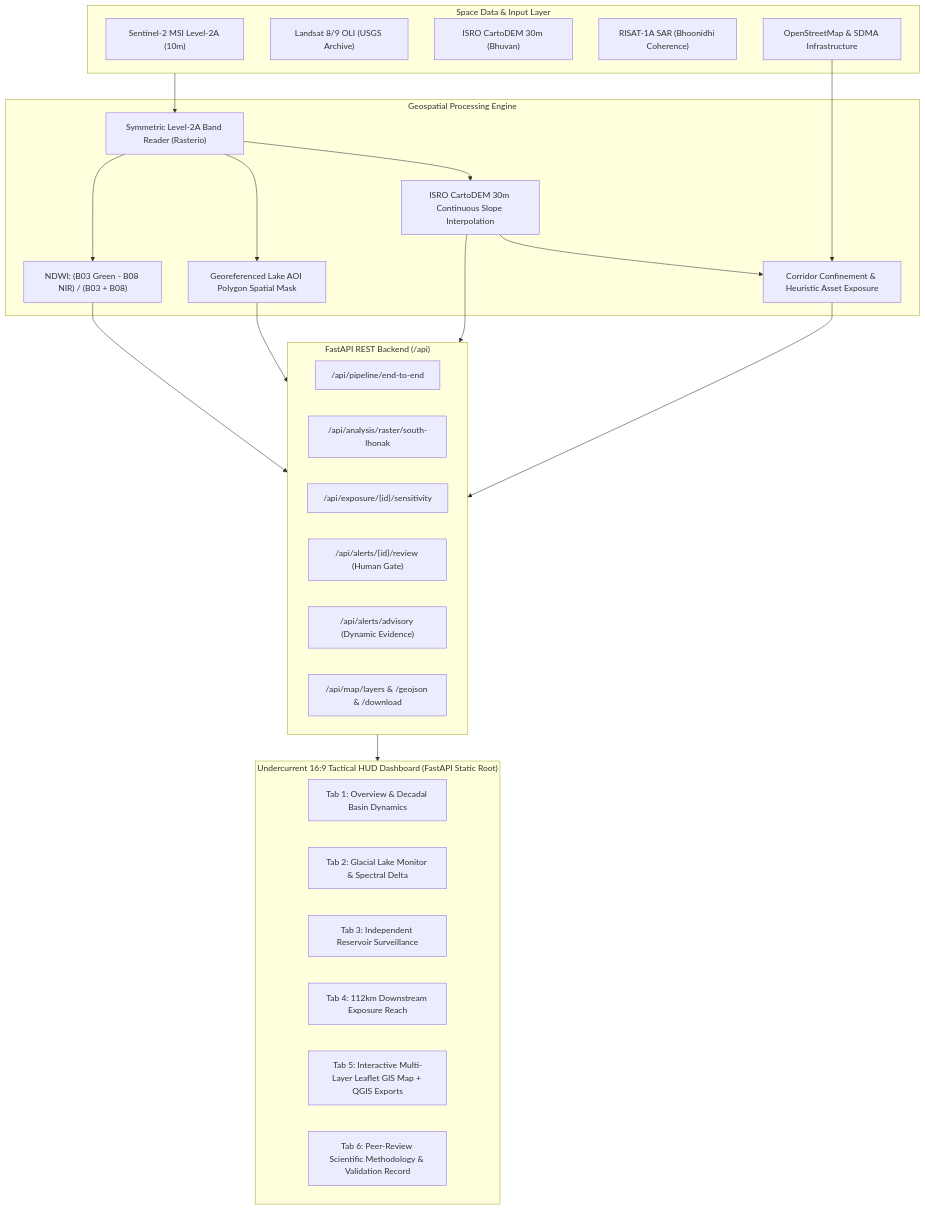
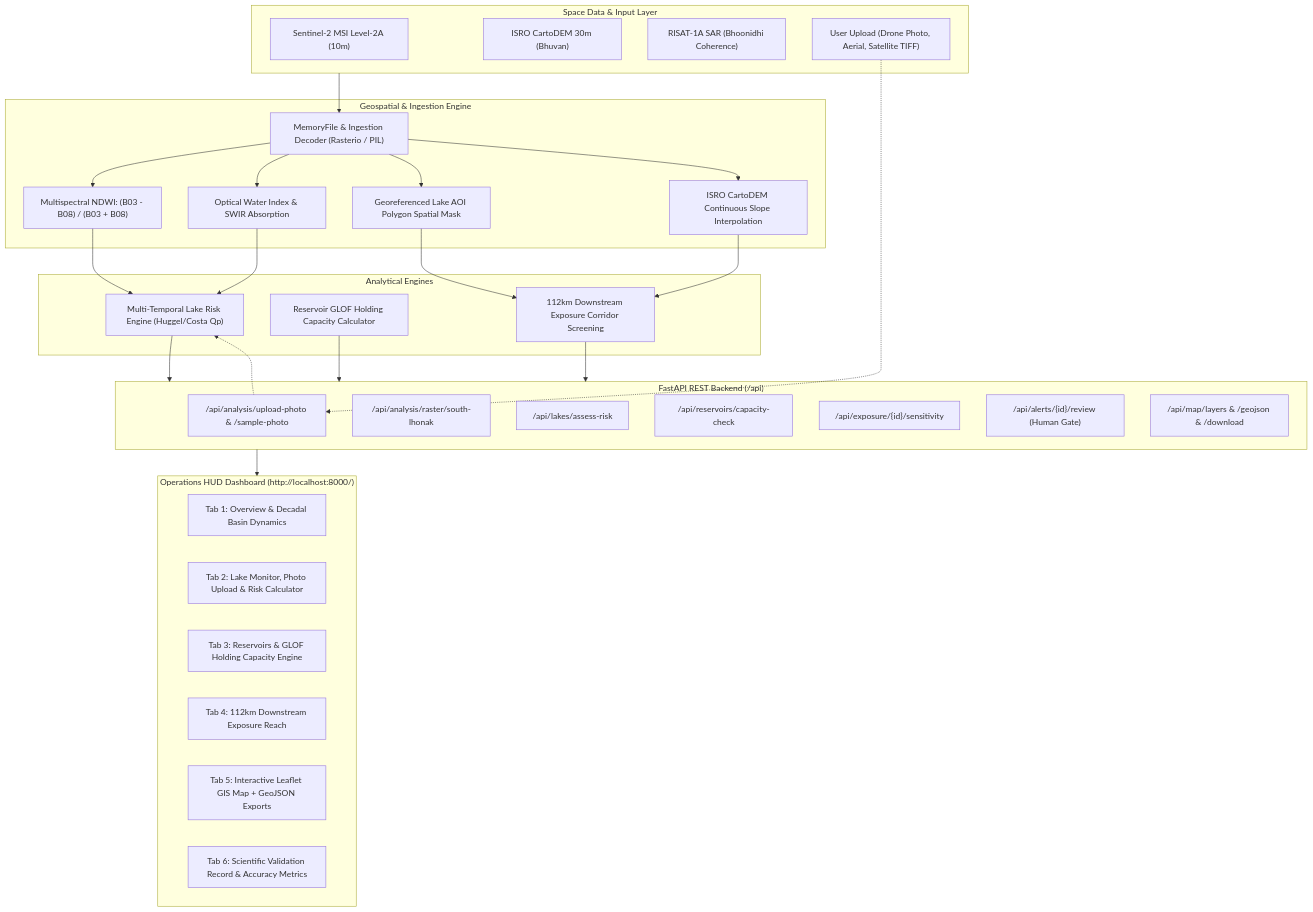
Before and after one commit to notmekrish-boop/Undercurrent: the diagram in README.md, drawn with Mermaid. The commit also changed other lines of this file, not shown here.

Commit message:
docs: comprehensive update to README.md covering photo ingestion, multi-temporal risk engine, and reservoir holding capacity calculator

````diff
--- a/README.md
+++ b/README.md
@@ -48,42 +90,51 @@
 ```mermaid
 flowchart TD
-    subgraph DataSources["Space Data & Input Layer"]
+    subgraph DataLayer["Space Data & Input Layer"]
         S2["Sentinel-2 MSI Level-2A (10m)"]
-        L8["Landsat 8/9 OLI (USGS Archive)"]
         CDEM["ISRO CartoDEM 30m (Bhuvan)"]
         SAR["RISAT-1A SAR (Bhoonidhi Coherence)"]
-        OSM["OpenStreetMap & SDMA Infrastructure"]
+        UPL["User Upload (Drone Photo, Aerial, Satellite TIFF)"]
     end
 
-    subgraph Processing["Geospatial Processing Engine"]
-        PP["Symmetric Level-2A Band Reader (Rasterio)"]
-        NDWI["NDWI: (B03 Green - B08 NIR) / (B03 + B08)"]
+    subgraph Processing["Geospatial & Ingestion Engine"]
+        MEM["MemoryFile & Ingestion Decoder (Rasterio / PIL)"]
+        NDWI["Multispectral NDWI: (B03 - B08) / (B03 + B08)"]
+        OWI["Optical Water Index & SWIR Absorption"]
         AOI["Georeferenced Lake AOI Polygon Spatial Mask"]
-        DEM["ISRO CartoDEM 30m Continuous Slope Interpolation"]
-        EXP["Corridor Confinement & Heuristic Asset Exposure"]
+        DEM["ISRO CartoDEM Continuous Slope Interpolation"]
+    end
+
+    subgraph Analytics["Analytical Engines"]
+        RISK["Multi-Temporal Lake Risk Engine (Huggel/Costa Qp)"]
+        RES["Reservoir GLOF Holding Capacity Calculator"]
+        EXP["112km Downstream Exposure Corridor Screening"]
     end
 
     subgraph Backend["FastAPI REST Backend (/api)"]
-        API_Pipe["/api/pipeline/end-to-end"]
+        API_Upload["/api/analysis/upload-photo & /sample-photo"]
         API_Raster["/api/analysis/raster/south-lhonak"]
+        API_Risk["/api/lakes/assess-risk"]
+        API_ResCap["/api/reservoirs/capacity-check"]
         API_Sens["/api/exposure/{id}/sensitivity"]
         API_Review["/api/alerts/{id}/review (Human Gate)"]
-        API_Adv["/api/alerts/advisory (Dynamic Evidence)"]
         API_Maps["/api/map/layers & /geojson & /download"]
     end
 
-    subgraph Frontend["Undercurrent 16:9 Tactical HUD Dashboard (FastAPI Static Root)"]
+    subgraph Frontend["Operations HUD Dashboard (http://localhost:8000/)"]
         UI_Dash["Tab 1: Overview & Decadal Basin Dynamics"]
-        UI_Lake["Tab 2: Glacial Lake Monitor & Spectral Delta"]
-        UI_Res["Tab 3: Independent Reservoir Surveillance"]
+        UI_Lake["Tab 2: Lake Monitor, Photo Upload & Risk Calculator"]
+        UI_Res["Tab 3: Reservoirs & GLOF Holding Capacity Engine"]
         UI_Exp["Tab 4: 112km Downstream Exposure Reach"]
-        UI_Map["Tab 5: Interactive Multi-Layer Leaflet GIS Map + QGIS Exports"]
-        UI_Sci["Tab 6: Peer-Review Scientific Methodology & Validation Record"]
+        UI_Map["Tab 5: Interactive Leaflet GIS Map + GeoJSON Exports"]
+        UI_Sci["Tab 6: Scientific Validation Record & Accuracy Metrics"]
     end
 
-    DataSources --> PP
-    PP --> NDWI & AOI & DEM
-    DEM & OSM --> EXP
-    NDWI & AOI & DEM & EXP --> Backend
+    DataLayer --> MEM
+    MEM --> NDWI & OWI & AOI & DEM
+    NDWI & OWI --> RISK
+    AOI & DEM --> EXP
+    RISK & RES & EXP --> Backend
     Backend --> Frontend
+    UPL -.-> API_Upload
+    API_Upload -.-> RISK
 ```
````
